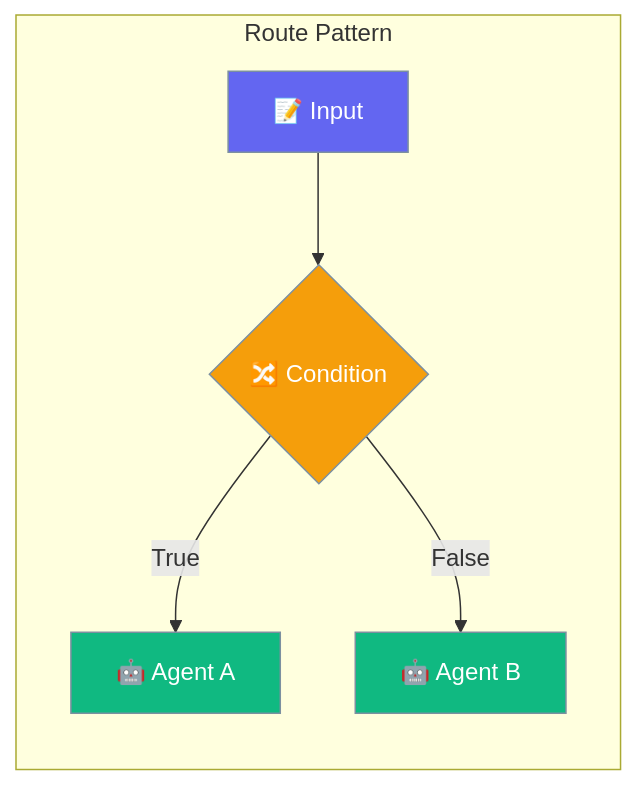
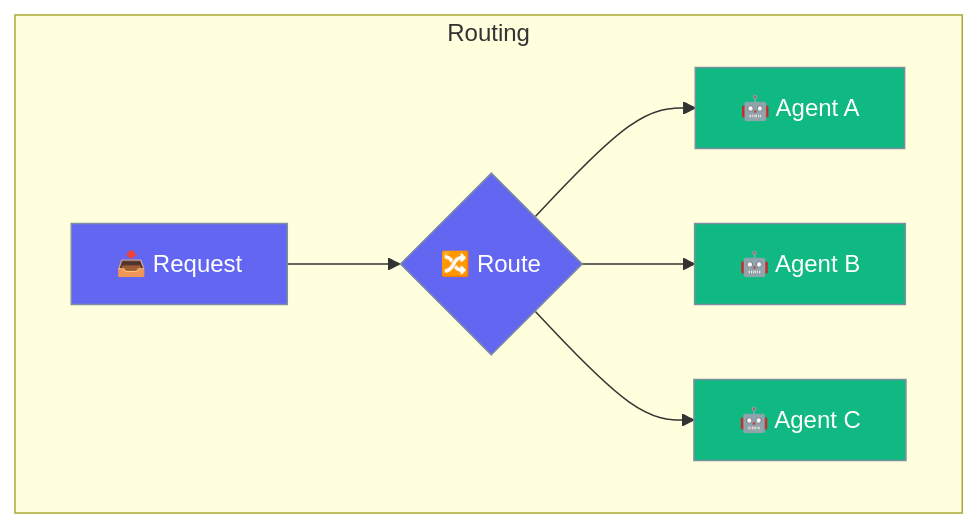
Before and after one commit to MervinPraison/PraisonAIDocs: the diagram in docs/rust/routing.mdx, drawn with Mermaid. The commit also changed other lines of this file and 87 other files, not shown here.

````diff
--- a/docs/rust/routing.mdx
+++ b/docs/rust/routing.mdx
@@ -10,16 +10,15 @@
 ```mermaid
-graph LR
-    subgraph "Route Pattern"
-        I[📝 Input] --> C{🔀 Condition}
-        C -->|True| A1[🤖 Agent A]
-        C -->|False| A2[🤖 Agent B]
+graph TB
+    subgraph "Routing"
+        R[📥 Request] --> RT{🔀 Route}
+        RT --> A1[🤖 Agent A]
+        RT --> A2[🤖 Agent B]
+        RT --> A3[🤖 Agent C]
     end
     
-    classDef input fill:#6366F1,stroke:#7C90A0,color:#fff
-    classDef condition fill:#F59E0B,stroke:#7C90A0,color:#fff
+    classDef router fill:#6366F1,stroke:#7C90A0,color:#fff
     classDef agent fill:#10B981,stroke:#7C90A0,color:#fff
     
-    class I input
-    class C condition
-    class A1,A2 agent
+    class R,RT router
+    class A1,A2,A3 agent
 ```
````
